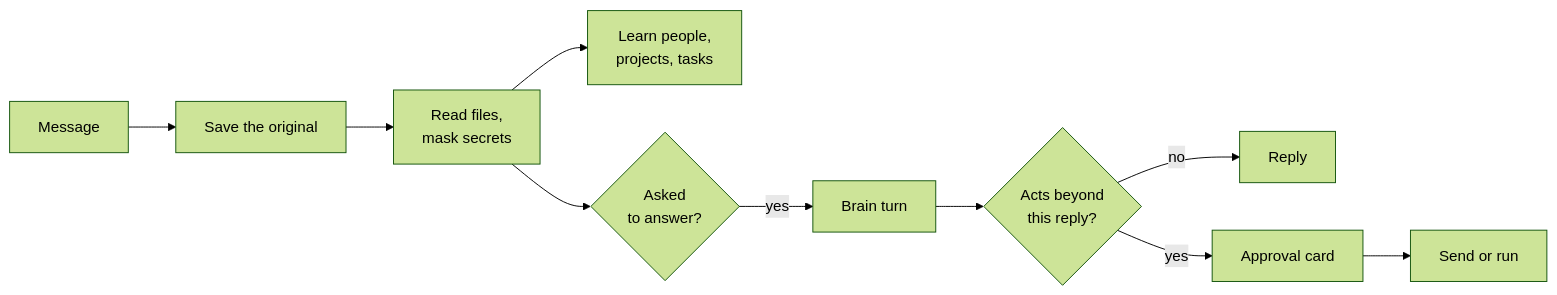
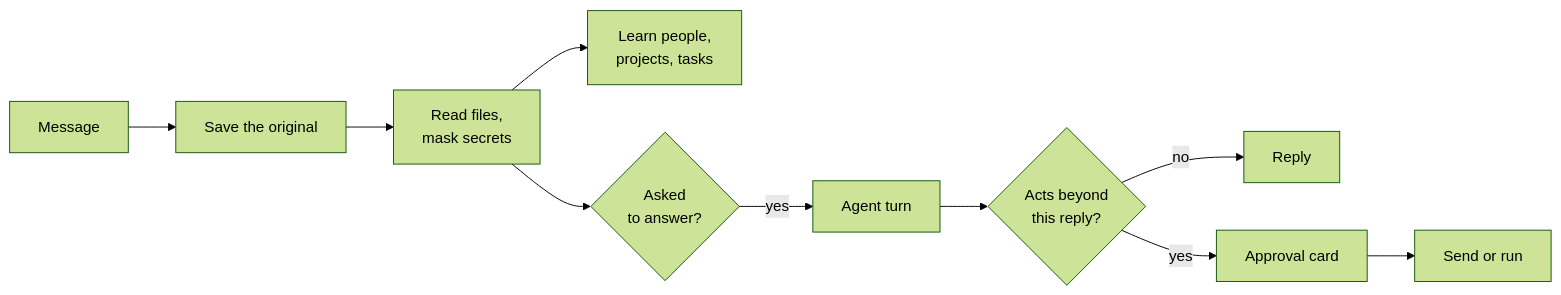
One commit to PlaygrndLabs/nocheh changed the second of 3 diagrams in README.md. Above: the diagram before and after it, drawn with Mermaid (forest theme). The commit also changed other lines of this file and 206 other files, not shown here.

First line of the commit message:
refactor: call the brain the agent everywhere

````diff
--- a/README.md
+++ b/README.md
@@ -30,9 +30,9 @@
 ```mermaid
 flowchart LR
   IN["Message"] --> SAVE["Save the original"] --> READ["Read files,<br/>mask secrets"]
   READ --> LEARN["Learn people,<br/>projects, tasks"]
   READ --> ASK{"Asked<br/>to answer?"}
-  ASK -- "yes" --> TURN["Brain turn"] --> ACT{"Acts beyond<br/>this reply?"}
+  ASK -- "yes" --> TURN["Agent turn"] --> ACT{"Acts beyond<br/>this reply?"}
   ACT -- "no" --> REPLY["Reply"]
   ACT -- "yes" --> CARD["Approval card"] --> DO["Send or run"]
 ```
````
